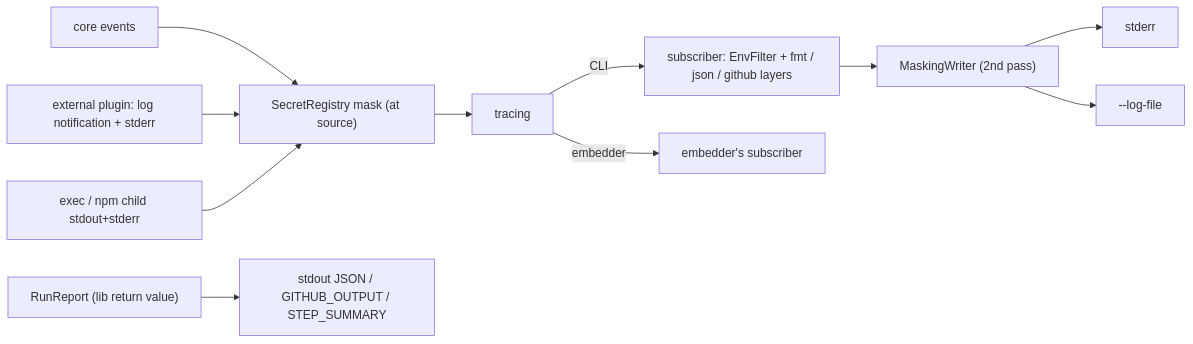
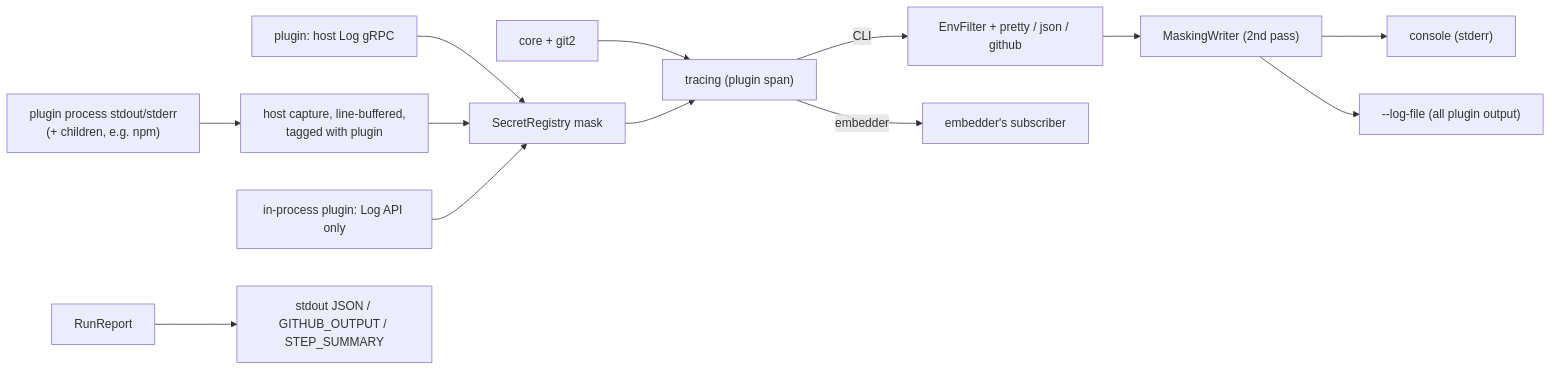
The first of 2 diagrams in docs/OBSERVABILITY.md (semoxide/semoxide), drawn with Mermaid before and after one commit. The commit also changed other lines of this file and 5 other files, not shown here.

````diff
--- a/docs/OBSERVABILITY.md
+++ b/docs/OBSERVABILITY.md
@@ -15,12 +19,13 @@
 ```mermaid
 flowchart LR
-    core["core events"] --> mask
-    plog["external plugin: log notification + stderr"] --> mask
-    exec["exec / npm child stdout+stderr"] --> mask
-    mask["SecretRegistry mask (at source)"] --> tr["tracing"]
-    tr -->|CLI| sub["subscriber: EnvFilter + fmt / json / github layers"]
+    core["core + git2"] --> tr
+    plog["plugin: host Log gRPC"] --> mask
+    pout["plugin process stdout/stderr<br/>(+ children, e.g. npm)"] --> cap["host capture, line-buffered,<br/>tagged with plugin"] --> mask
+    inproc["in-process plugin: Log API only"] --> mask
+    mask["SecretRegistry mask"] --> tr["tracing (plugin span)"]
+    tr -->|CLI| sub["EnvFilter + pretty / json / github"] --> mw["MaskingWriter (2nd pass)"]
+    mw --> con["console (stderr)"]
+    mw --> lf["--log-file (all plugin output)"]
     tr -->|embedder| own["embedder's subscriber"]
-    sub --> mw["MaskingWriter (2nd pass)"] --> err["stderr"]
-    mw --> lf["--log-file"]
-    rep["RunReport (lib return value)"] --> out["stdout JSON / GITHUB_OUTPUT / STEP_SUMMARY"]
+    rep["RunReport"] --> out["stdout JSON / GITHUB_OUTPUT / STEP_SUMMARY"]
 ```
````
